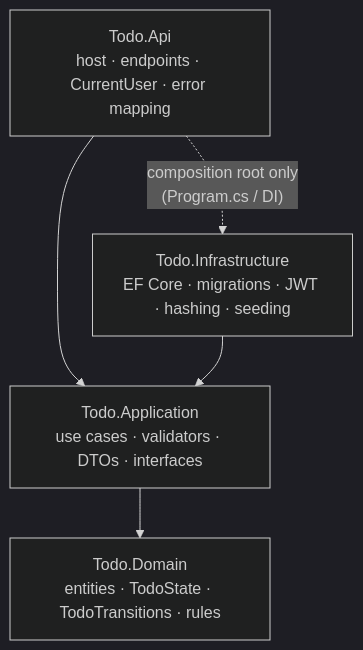
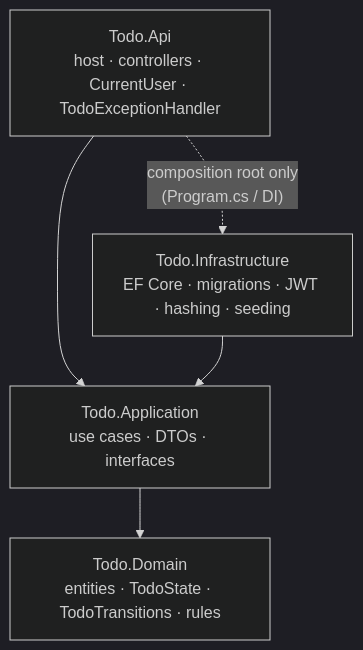
One commit to ring9834/MyTodos changed the second of 2 diagrams in docs/adr/0007-component-and-structural.md. Above: the diagram before and after it, drawn with Mermaid (dark theme). The commit also changed other lines of this file and 10 other files, not shown here.

````diff
--- a/docs/adr/0007-component-and-structural.md
+++ b/docs/adr/0007-component-and-structural.md
@@ -112,8 +112,8 @@
 ```mermaid
 flowchart TB
-    Api["Todo.Api<br/>host · endpoints · CurrentUser · error mapping"] --> App
+    Api["Todo.Api<br/>host · controllers · CurrentUser · TodoExceptionHandler"] --> App
     Api -. "composition root only<br/>(Program.cs / DI)" .-> Infra
     Infra["Todo.Infrastructure<br/>EF Core · migrations · JWT · hashing · seeding"] --> App
-    App["Todo.Application<br/>use cases · validators · DTOs · interfaces"] --> Dom
+    App["Todo.Application<br/>use cases · DTOs · interfaces"] --> Dom
     Dom["Todo.Domain<br/>entities · TodoState · TodoTransitions · rules"]
 ```
````
